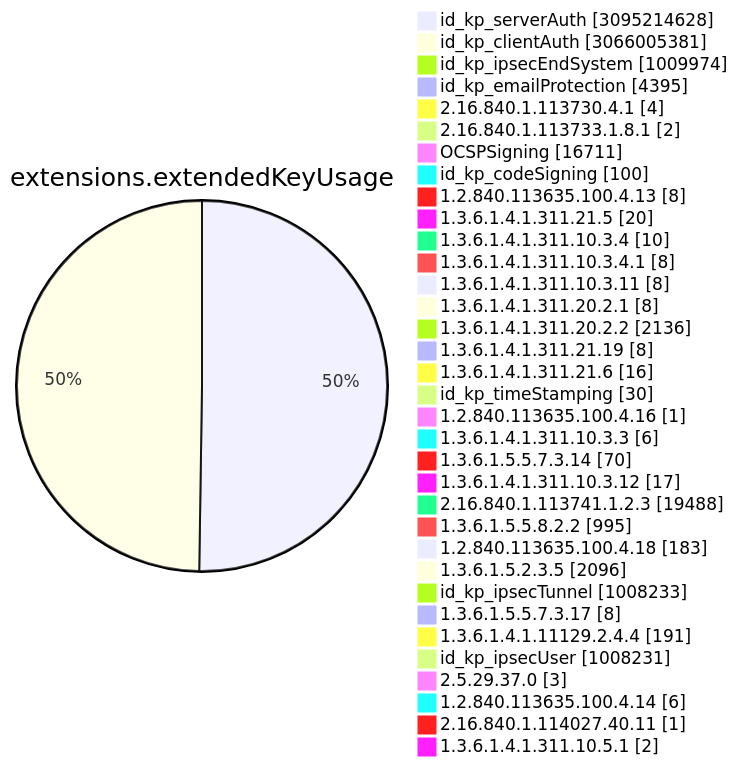
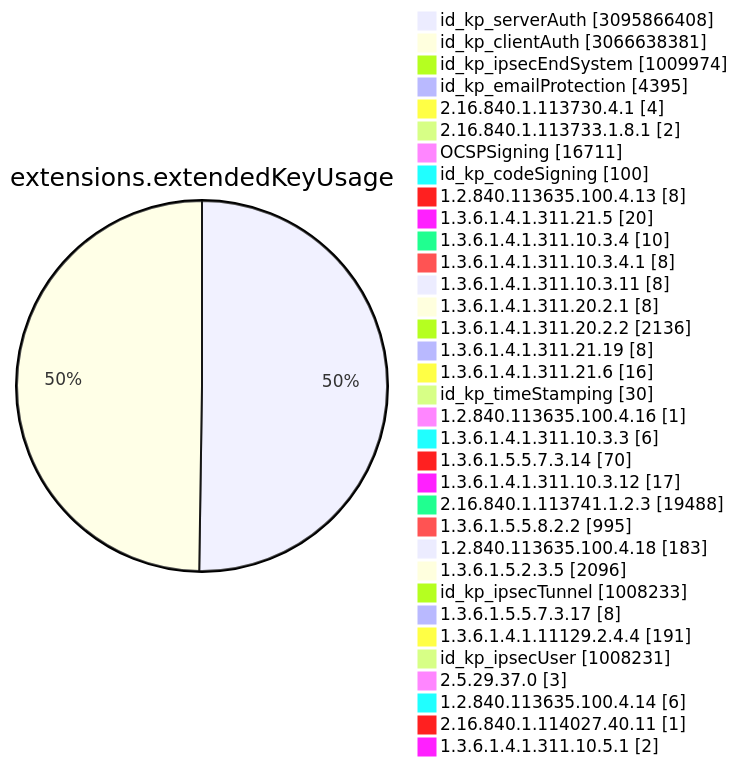
One commit to christiankrug/ctmonitor_visualization changed diagram 11 of 15 in TOTAL/README.md. Above: the diagram before and after it, drawn with Mermaid. The commit also changed other lines of this file, not shown here.

````diff
--- a/TOTAL/README.md
+++ b/TOTAL/README.md
@@ -4119,38 +4119,38 @@
 ```mermaid
 pie showData
 title extensions.extendedKeyUsage
-"id_kp_serverAuth" :3095214628
-"id_kp_clientAuth" :3066005381
+"id_kp_serverAuth" :3095866408
+"id_kp_clientAuth" :3066638381
 "id_kp_ipsecEndSystem" :1009974
 "id_kp_emailProtection" :4395
 "2.16.840.1.113730.4.1" :4
 "2.16.840.1.113733.1.8.1" :2
 "OCSPSigning" :16711
 "id_kp_codeSigning" :100
 "1.2.840.113635.100.4.13" :8
 "1.3.6.1.4.1.311.21.5" :20
 "1.3.6.1.4.1.311.10.3.4" :10
 "1.3.6.1.4.1.311.10.3.4.1" :8
 "1.3.6.1.4.1.311.10.3.11" :8
 "1.3.6.1.4.1.311.20.2.1" :8
 "1.3.6.1.4.1.311.20.2.2" :2136
 "1.3.6.1.4.1.311.21.19" :8
 "1.3.6.1.4.1.311.21.6" :16
 "id_kp_timeStamping" :30
 "1.2.840.113635.100.4.16" :1
 "1.3.6.1.4.1.311.10.3.3" :6
 "1.3.6.1.5.5.7.3.14" :70
 "1.3.6.1.4.1.311.10.3.12" :17
 "2.16.840.1.113741.1.2.3" :19488
 "1.3.6.1.5.5.8.2.2" :995
 "1.2.840.113635.100.4.18" :183
 "1.3.6.1.5.2.3.5" :2096
 "id_kp_ipsecTunnel" :1008233
 "1.3.6.1.5.5.7.3.17" :8
 "1.3.6.1.4.1.11129.2.4.4" :191
 "id_kp_ipsecUser" :1008231
 "2.5.29.37.0" :3
 "1.2.840.113635.100.4.14" :6
 "2.16.840.1.114027.40.11" :1
 "1.3.6.1.4.1.311.10.5.1" :2
 ```
````
